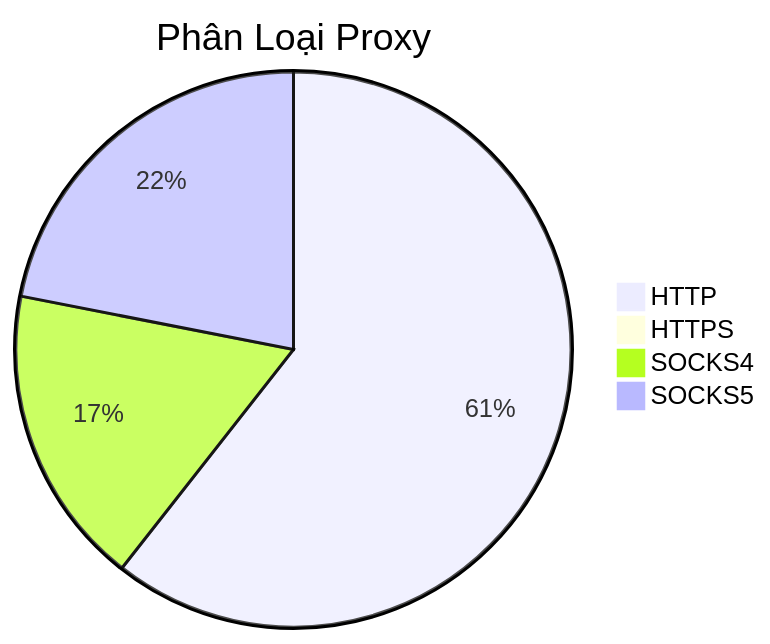
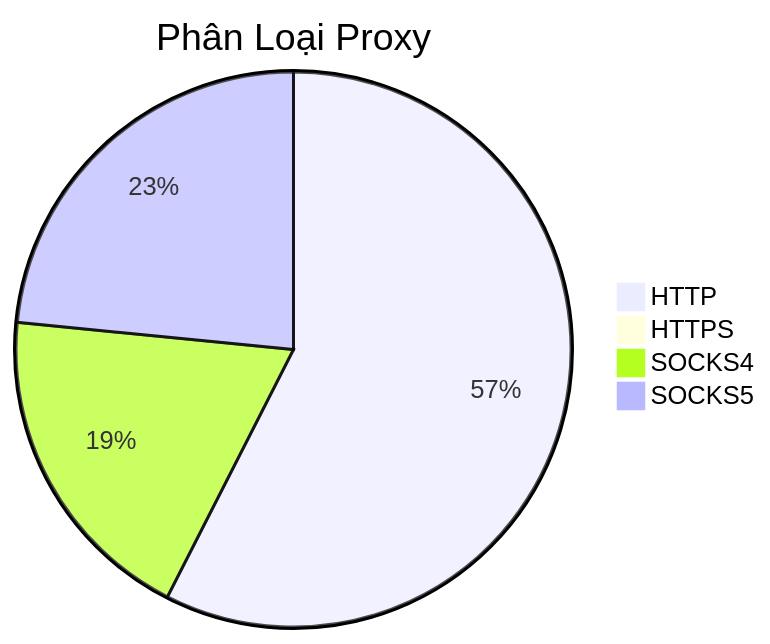
The diagram in README.md (Ciara-12/PROXY-free), drawn with Mermaid before and after one commit. The commit also changed other lines of this file and 4 other files, not shown here.

````diff
--- a/README.md
+++ b/README.md
@@ -26,7 +26,7 @@
 ```mermaid
 pie title Phân Loại Proxy
-    "HTTP" : 984
-    "HTTPS" : 1
-    "SOCKS4" : 284
-    "SOCKS5" : 356
+    "HTTP" : 866
+    "HTTPS" : 2
+    "SOCKS4" : 287
+    "SOCKS5" : 353
 ```
````
